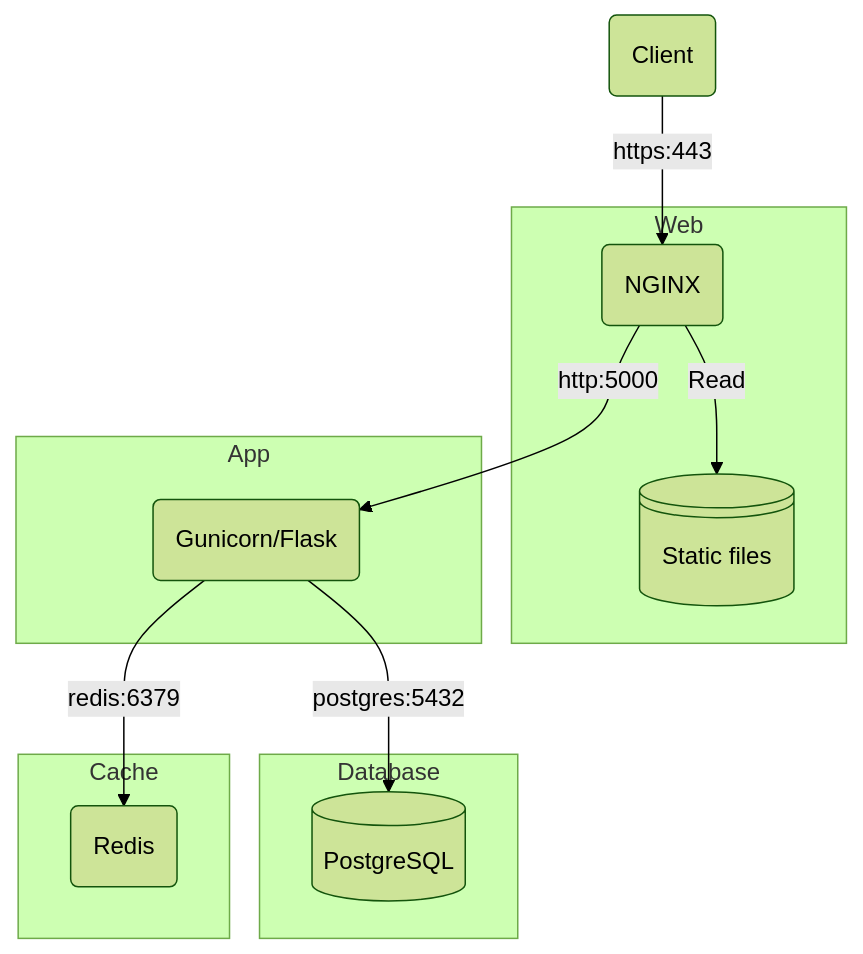
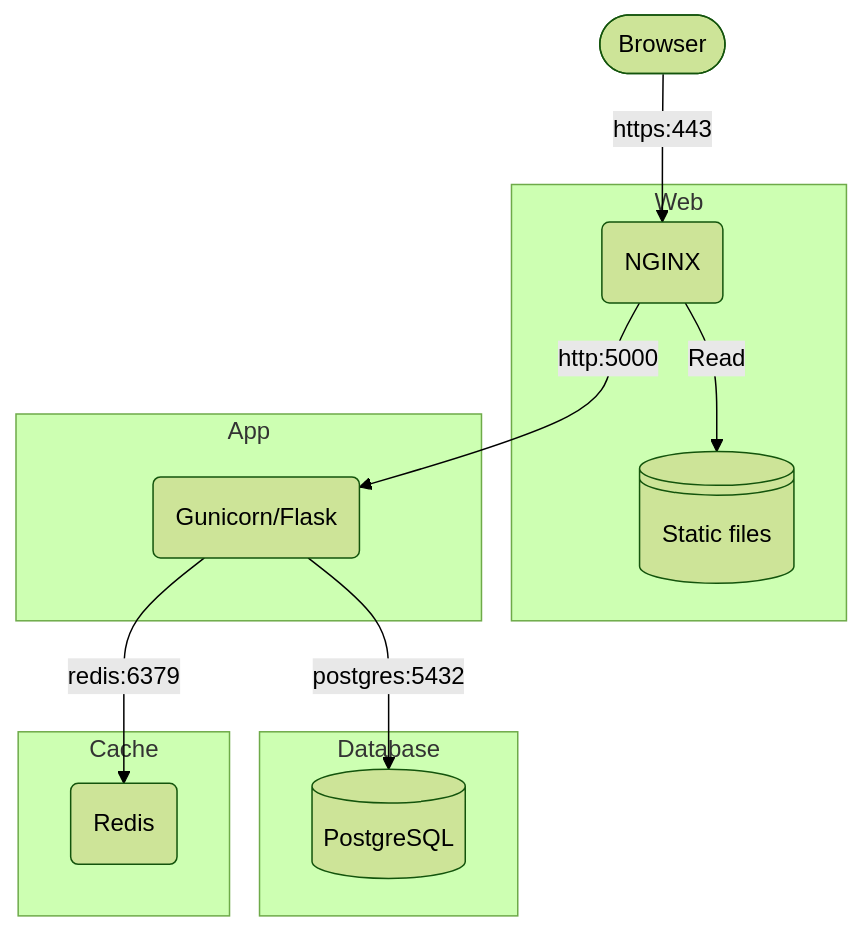
The second of 2 diagrams in README.md (LandRegistry/govuk-frontend-flask), drawn with Mermaid (forest theme) before and after one commit. The commit also changed other lines of this file, not shown here.

````diff
--- a/README.md
+++ b/README.md
@@ -117,28 +163,28 @@
 ```mermaid
 flowchart TB
+    browser([Browser])
+    db@{ shape: cyl, label: "PostgreSQL" }
+    flask(Gunicorn/Flask)
+    nginx(NGINX)
     redis(Redis)
-    client(Client)
-    nginx(NGINX)
-    flask(Gunicorn/Flask)
     static@{ shape: lin-cyl, label: "Static files" }
-    db@{ shape: cyl, label: "PostgreSQL" }
 
-    client -- https:443 --> nginx -- http:5000 --> flask -- postgres:5432 --> db
+    browser -- https:443 --> nginx -- http:5000 --> flask -- postgres:5432 --> db
     flask -- redis:6379 --> redis
 
     subgraph Web
         nginx -- Read --> static
     end
 
     subgraph App
         flask
     end
 
     subgraph Database
         db
     end
 
     subgraph Cache
         redis
     end
 ```
````
